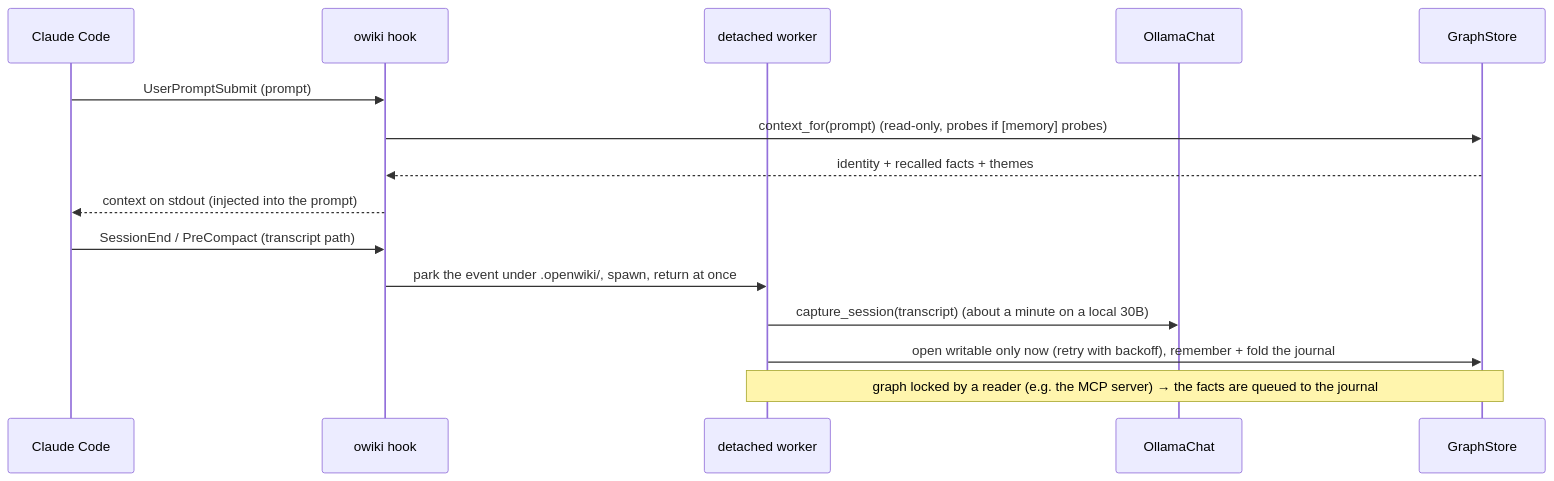
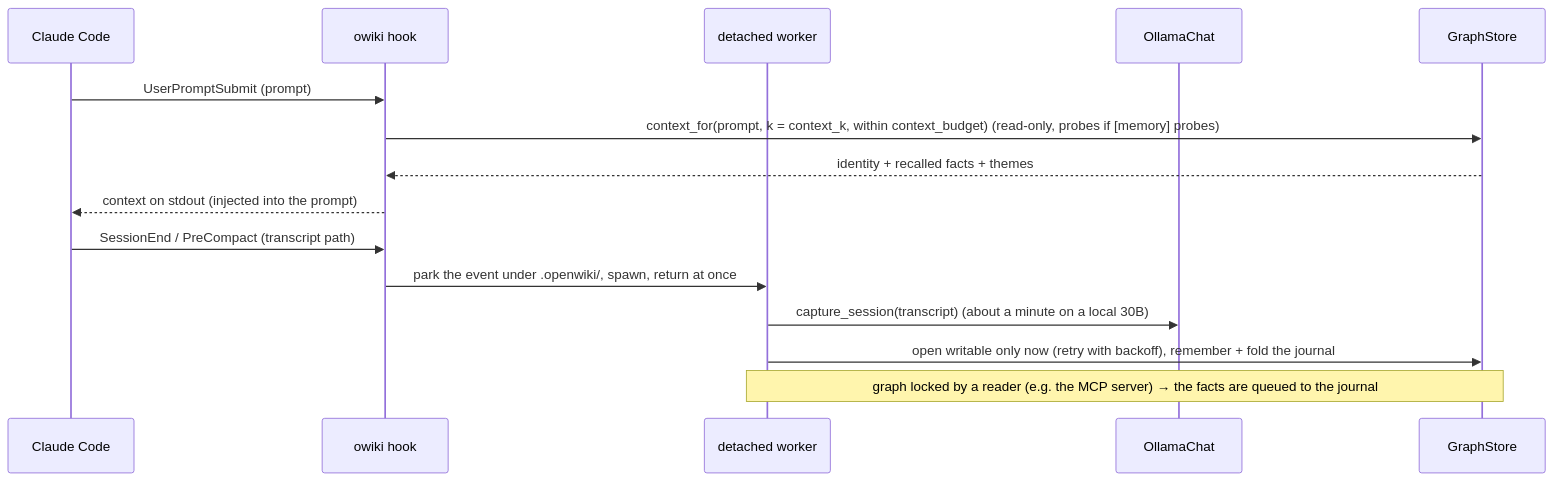
The seventh of 9 diagrams in docs/arc42/06-runtime-view.md (Neuroant/OpenWiki), drawn with Mermaid before and after one commit. The commit also changed 7 other files, not shown here.

````diff
--- a/docs/arc42/06-runtime-view.md
+++ b/docs/arc42/06-runtime-view.md
@@ -205,18 +205,18 @@
 ```mermaid
 sequenceDiagram
   participant CC as Claude Code
   participant H as owiki hook
   participant W as detached worker
   participant C as OllamaChat
   participant GS as GraphStore
 
   CC->>H: UserPromptSubmit (prompt)
-  H->>GS: context_for(prompt) (read-only, probes if [memory] probes)
+  H->>GS: context_for(prompt, k = context_k, within context_budget) (read-only, probes if [memory] probes)
   GS-->>H: identity + recalled facts + themes
   H-->>CC: context on stdout (injected into the prompt)
   CC->>H: SessionEnd / PreCompact (transcript path)
   H->>W: park the event under .openwiki/, spawn, return at once
   W->>C: capture_session(transcript) (about a minute on a local 30B)
   W->>GS: open writable only now (retry with backoff), remember + fold the journal
   Note over W,GS: graph locked by a reader (e.g. the MCP server) → the facts are queued to the journal
 ```
````
